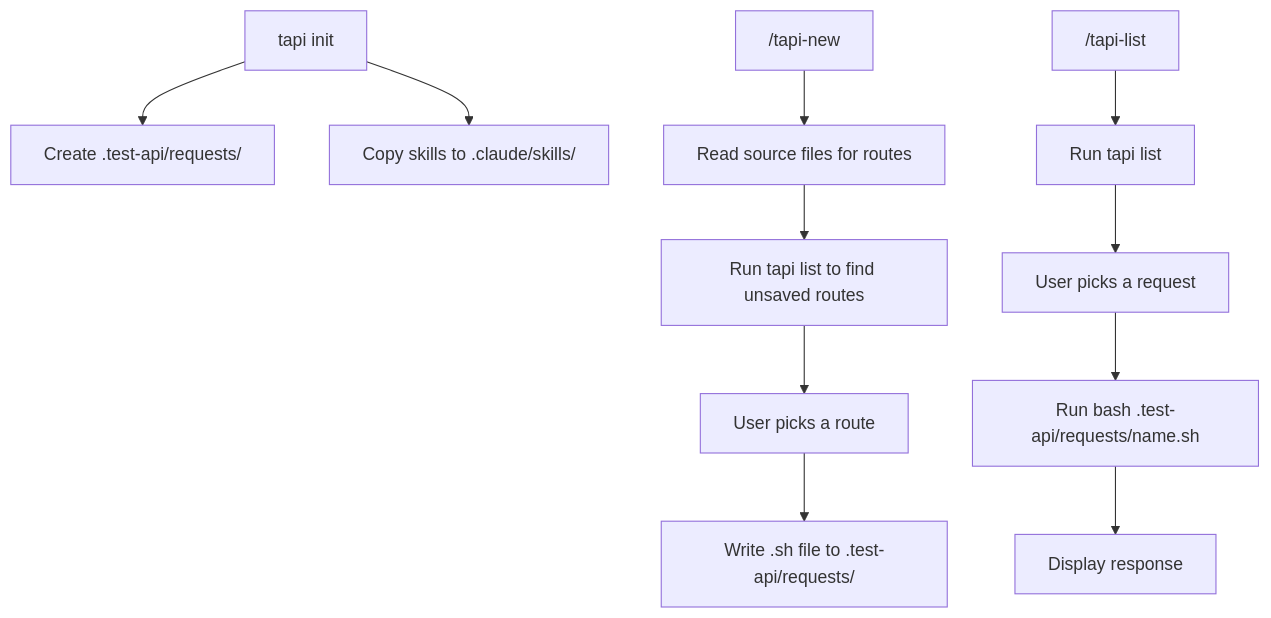
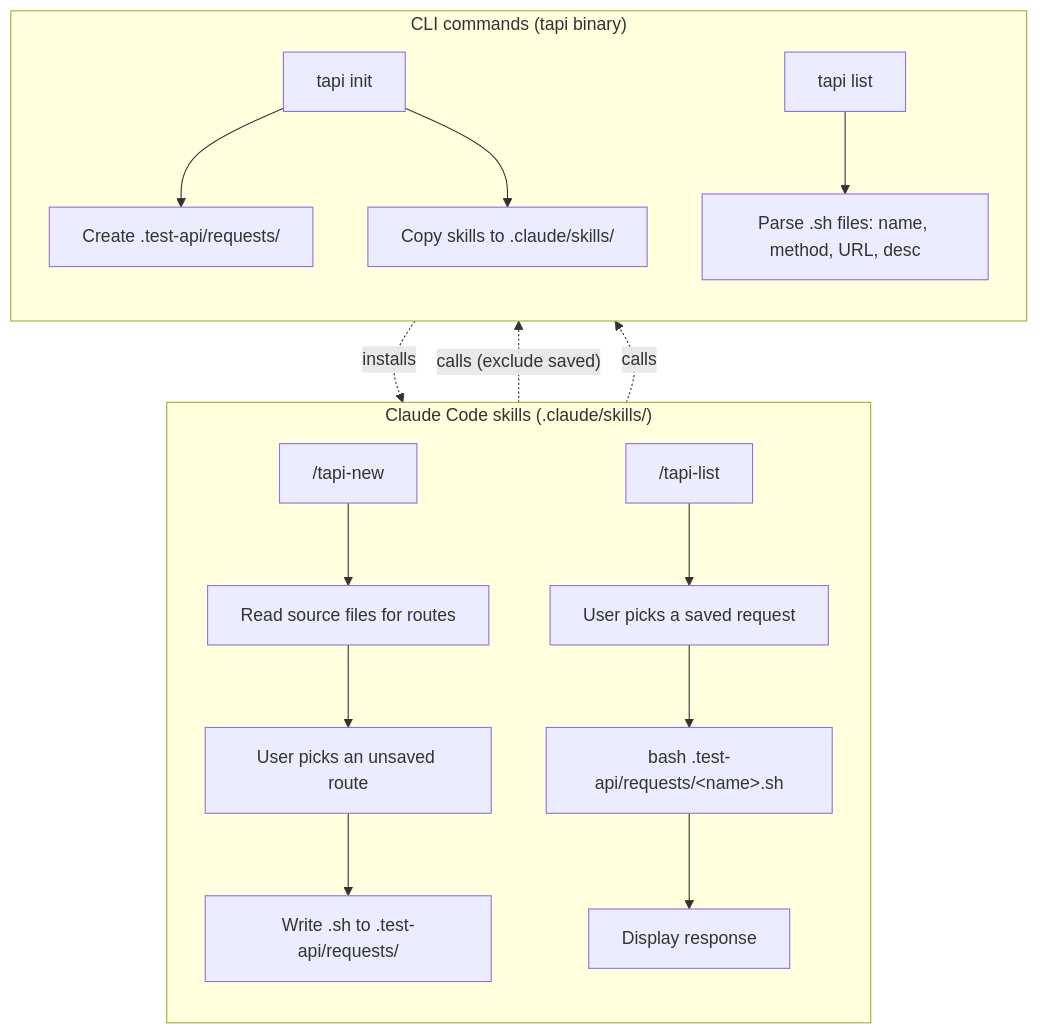
Before and after one commit to angelinara/test-api: the diagram in README.md, drawn with Mermaid. The commit also changed other lines of this file, not shown here.

Commit message:
docs: show CLI/skill call boundary in architecture diagram

````diff
--- a/README.md
+++ b/README.md
@@ -30,15 +33,26 @@
 ```mermaid
 flowchart TD
-    A[tapi init] --> B[Create .test-api/requests/]
-    A --> C[Copy skills to .claude/skills/]
+    subgraph skills ["Claude Code skills (.claude/skills/)"]
+        direction TB
+        N["/tapi-new"] --> N1[Read source files for routes]
+        N1 --> N2[User picks an unsaved route]
+        N2 --> N3[Write .sh to .test-api/requests/]
 
-    D["/tapi-new"] --> E[Read source files for routes]
-    E --> F[Run tapi list to find unsaved routes]
-    F --> G[User picks a route]
-    G --> H[Write .sh file to .test-api/requests/]
+        L["/tapi-list"] --> L1[User picks a saved request]
+        L1 --> L2["bash .test-api/requests/&lt;name&gt;.sh"]
+        L2 --> L3[Display response]
+    end
 
-    I["/tapi-list"] --> J[Run tapi list]
-    J --> K[User picks a request]
-    K --> L[Run bash .test-api/requests/name.sh]
-    L --> M[Display response]
+    subgraph cli ["CLI commands (tapi binary)"]
+        direction TB
+        I["tapi init"] --> I1[Create .test-api/requests/]
+        I --> I2[Copy skills to .claude/skills/]
+
+        LS["tapi list"] --> LS1[Parse .sh files: name, method, URL, desc]
+    end
+
+    %% what calls what
+    N1 -. "calls (exclude saved)" .-> LS
+    L -. calls .-> LS
+    I2 -. installs .-> skills
 ```
````
